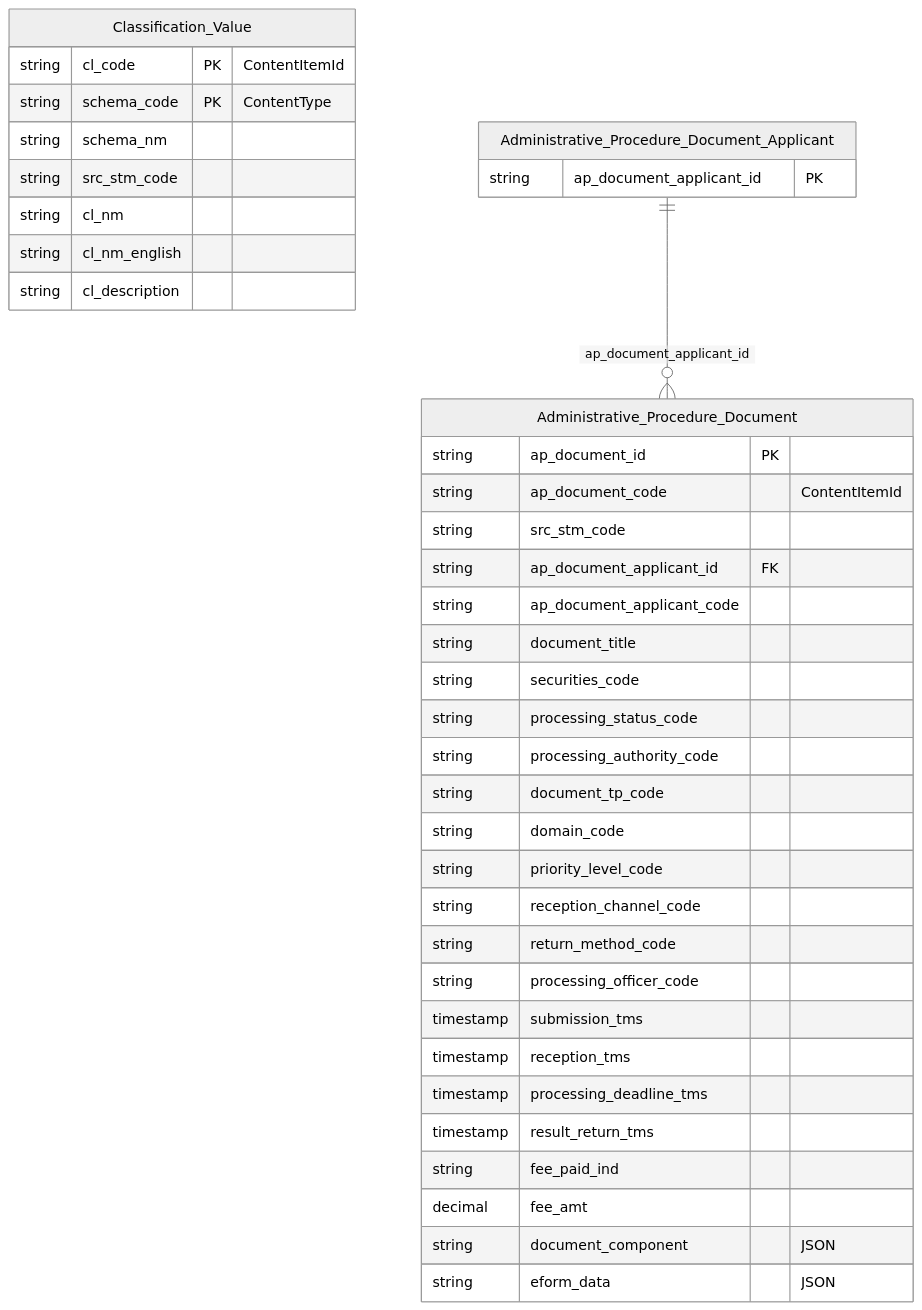
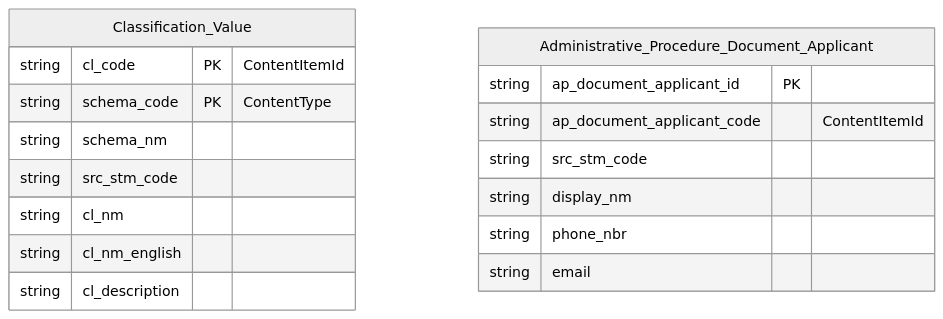
One commit to linhlvit/ubck_atomic_design changed the second of 2 diagrams in DataModel/working/Atomic/hld/TTHC_HLD_Tier1.md. Above: the diagram before and after it, drawn with Mermaid (neutral theme). The commit also changed other lines of this file and 96 other files, not shown here.

````diff
--- a/DataModel/working/Atomic/hld/TTHC_HLD_Tier1.md
+++ b/DataModel/working/Atomic/hld/TTHC_HLD_Tier1.md
@@ -58,44 +60,21 @@
 ```mermaid
 erDiagram
     Classification_Value {
         string cl_code PK "ContentItemId"
         string schema_code PK "ContentType"
         string schema_nm
         string src_stm_code
         string cl_nm
         string cl_nm_english
         string cl_description
     }
 
-    Administrative_Procedure_Document {
-        string ap_document_id PK
-        string ap_document_code "ContentItemId"
-        string src_stm_code
-        string ap_document_applicant_id FK
-        string ap_document_applicant_code
-        string document_title
-        string securities_code
-        string processing_status_code
-        string processing_authority_code
-        string document_tp_code
-        string domain_code
-        string priority_level_code
-        string reception_channel_code
-        string return_method_code
-        string processing_officer_code
-        timestamp submission_tms
-        timestamp reception_tms
-        timestamp processing_deadline_tms
-        timestamp result_return_tms
-        string fee_paid_ind
-        decimal fee_amt
-        string document_component "JSON"
-        string eform_data "JSON"
-    }
-
     Administrative_Procedure_Document_Applicant {
         string ap_document_applicant_id PK
+        string ap_document_applicant_code "ContentItemId"
+        string src_stm_code
+        string display_nm
+        string phone_nbr
+        string email
     }
-
-    Administrative_Procedure_Document_Applicant ||--o{ Administrative_Procedure_Document : "ap_document_applicant_id"
 ```
````
